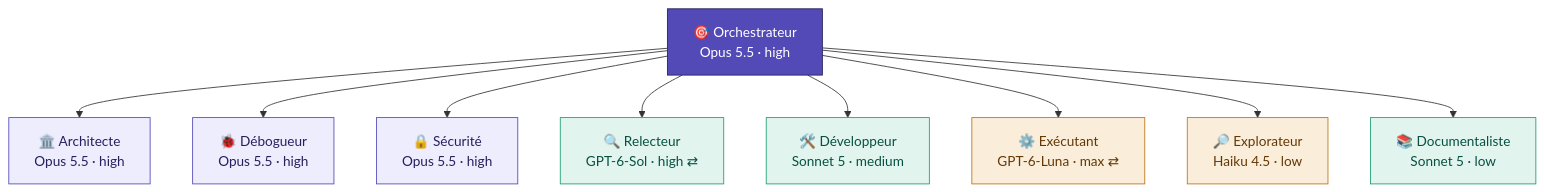
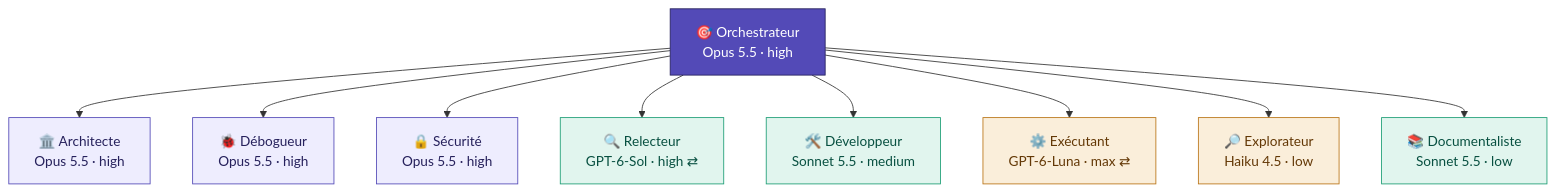
The second of 2 diagrams in README.fr.md (Eydenn/loomy), drawn with Mermaid before and after one commit. The commit also changed other lines of this file and 6 other files, not shown here.

````diff
--- a/README.fr.md
+++ b/README.fr.md
@@ -330,16 +330,16 @@
 ```mermaid
 flowchart TB
   L["🎯 Orchestrateur<br/>Opus 5.5 · high"]:::lead
   L --> AR["🏛️ Architecte<br/>Opus 5.5 · high"]:::deep
   L --> DB["🐞 Débogueur<br/>Opus 5.5 · high"]:::deep
   L --> SE["🔒 Sécurité<br/>Opus 5.5 · high"]:::deep
   L --> RV["🔍 Relecteur<br/>GPT-6-Sol · high ⇄"]:::std
-  L --> DV["🛠️ Développeur<br/>Sonnet 5 · medium"]:::std
+  L --> DV["🛠️ Développeur<br/>Sonnet 5.5 · medium"]:::std
   L --> EX["⚙️ Exécutant<br/>GPT-6-Luna · max ⇄"]:::fast
   L --> XP["🔎 Explorateur<br/>Haiku 4.5 · low"]:::fast
-  L --> DO["📚 Documentaliste<br/>Sonnet 5 · low"]:::std
+  L --> DO["📚 Documentaliste<br/>Sonnet 5.5 · low"]:::std
   classDef lead fill:#534AB7,stroke:#26215C,color:#FFFFFF
   classDef deep fill:#EEEDFE,stroke:#534AB7,color:#26215C
   classDef std fill:#E1F5EE,stroke:#1D9E75,color:#085041
   classDef fast fill:#FAEEDA,stroke:#BA7517,color:#633806
 ```
````
